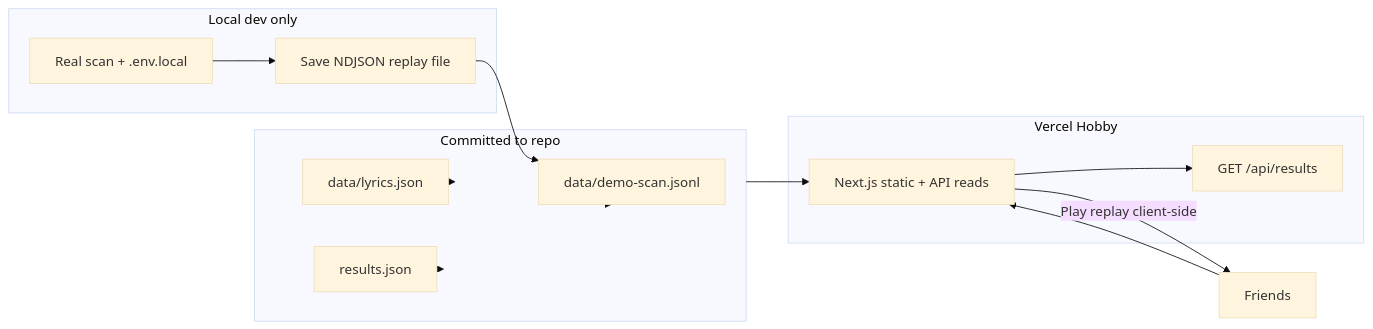
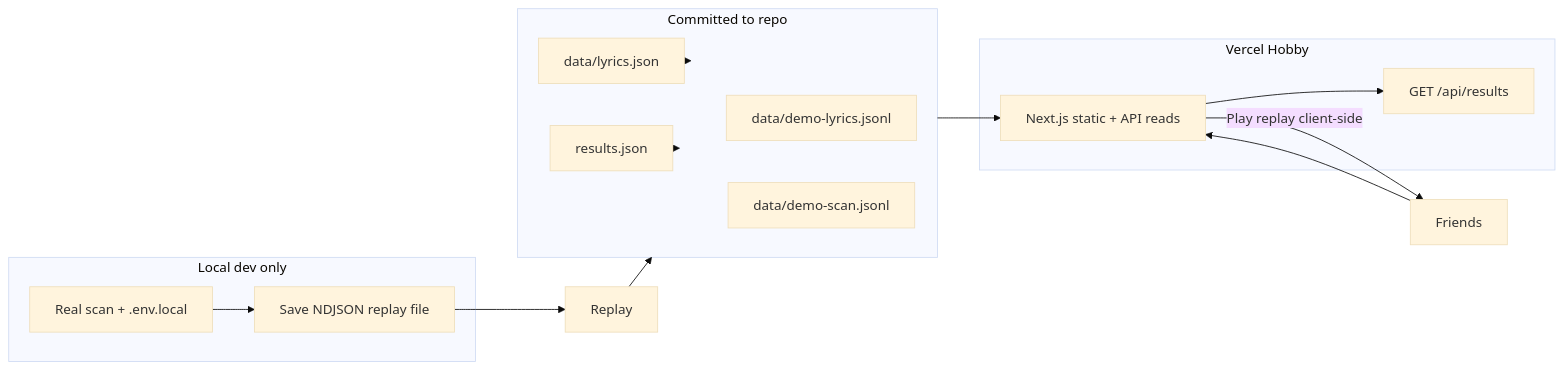
One commit to seanjhannon/drake_ai changed the diagram in DEPLOY.md. Above: the diagram before and after it, drawn with Mermaid (base theme). The commit also changed other lines of this file and 11 other files, not shown here.

````diff
--- a/DEPLOY.md
+++ b/DEPLOY.md
@@ -35,27 +35,28 @@
 ```mermaid
 flowchart LR
   subgraph local [Local dev only]
     DevScan[Real scan + .env.local]
     Capture[Save NDJSON replay file]
   end
 
   subgraph git [Committed to repo]
     Lyrics[data/lyrics.json]
     Results[results.json]
-    Replay[data/demo-scan.jsonl]
+    ReplayLyrics[data/demo-lyrics.jsonl]
+    ReplayScan[data/demo-scan.jsonl]
   end
 
   subgraph vercel [Vercel Hobby]
     App[Next.js static + API reads]
     ResultsAPI[GET /api/results]
   end
 
   DevScan --> Capture --> Replay
   Lyrics --> git
   Results --> git
   Replay --> git
   git --> App
   App --> ResultsAPI
   Friends[Friends] --> App
   App -->|Play replay client-side| Friends
 ```
````
